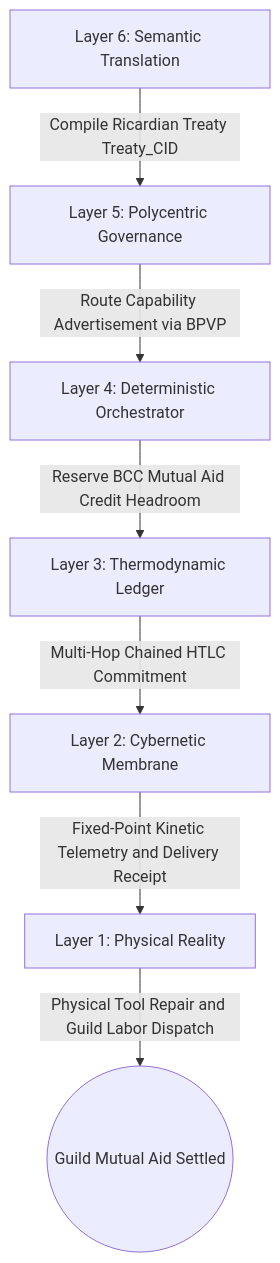
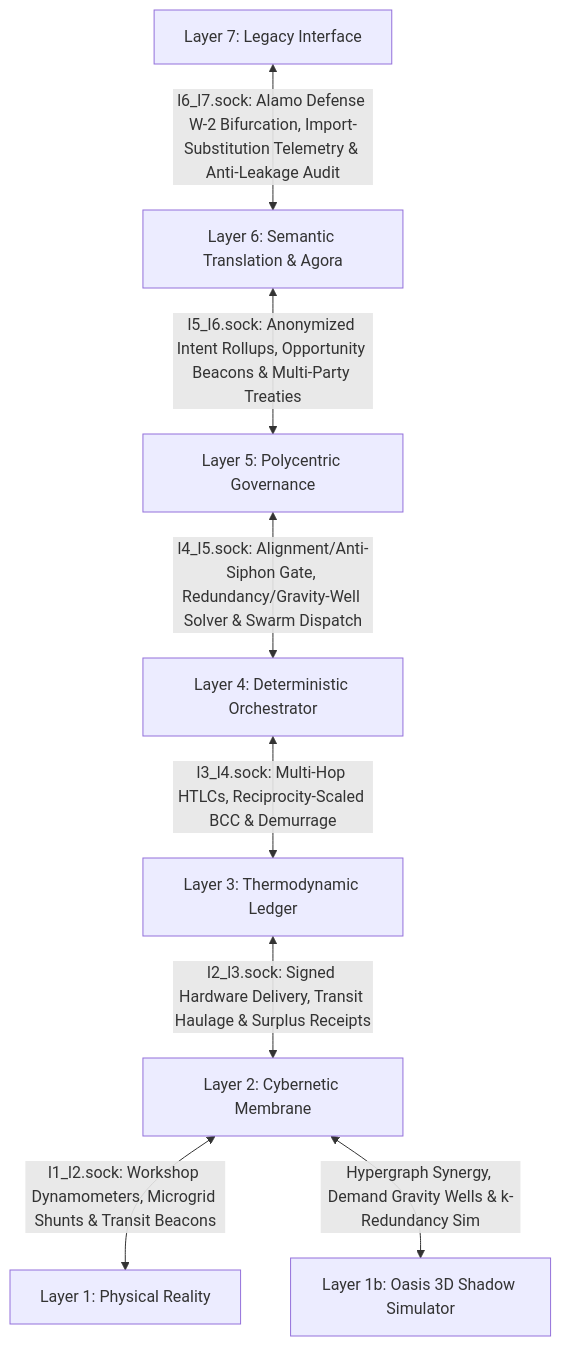
One commit to raffaine/collective changed the second of 3 diagrams in docs/scenarios/pi_guild.md. Above: the diagram before and after it, drawn with Mermaid. The commit also changed other lines of this file and 33 other files, not shown here.

````diff
--- a/docs/scenarios/pi_guild.md
+++ b/docs/scenarios/pi_guild.md
@@ -43,9 +103,10 @@
 ```mermaid
 graph TD
-    L6[Layer 6: Semantic Translation] -->|Compile Ricardian Treaty Treaty_CID| L5[Layer 5: Polycentric Governance]
-    L5 -->|Route Capability Advertisement via BPVP| L4[Layer 4: Deterministic Orchestrator]
-    L4 -->|Reserve BCC Mutual Aid Credit Headroom| L3[Layer 3: Thermodynamic Ledger]
-    L3 -->|Multi-Hop Chained HTLC Commitment| L2[Layer 2: Cybernetic Membrane]
-    L2 -->|Fixed-Point Kinetic Telemetry and Delivery Receipt| L1[Layer 1: Physical Reality]
-    L1 -->|Physical Tool Repair and Guild Labor Dispatch| End((Guild Mutual Aid Settled))
+    L7[Layer 7: Legacy Interface] <-->|l6_l7.sock: Alamo Defense W-2 Bifurcation, Import-Substitution Telemetry & Anti-Leakage Audit| L6[Layer 6: Semantic Translation & Agora]
+    L6 <-->|l5_l6.sock: Anonymized Intent Rollups, Opportunity Beacons & Multi-Party Treaties| L5[Layer 5: Polycentric Governance]
+    L5 <-->|l4_l5.sock: Alignment/Anti-Siphon Gate, Redundancy/Gravity-Well Solver & Swarm Dispatch| L4[Layer 4: Deterministic Orchestrator]
+    L4 <-->|l3_l4.sock: Multi-Hop HTLCs, Reciprocity-Scaled BCC & Demurrage| L3[Layer 3: Thermodynamic Ledger]
+    L3 <-->|l2_l3.sock: Signed Hardware Delivery, Transit Haulage & Surplus Receipts| L2[Layer 2: Cybernetic Membrane]
+    L2 <-->|l1_l2.sock: Workshop Dynamometers, Microgrid Shunts & Transit Beacons| L1[Layer 1: Physical Reality]
+    L2 <-->|Hypergraph Synergy, Demand Gravity Wells & k-Redundancy Sim| L1b[Layer 1b: Oasis 3D Shadow Simulator]
 ```
````
